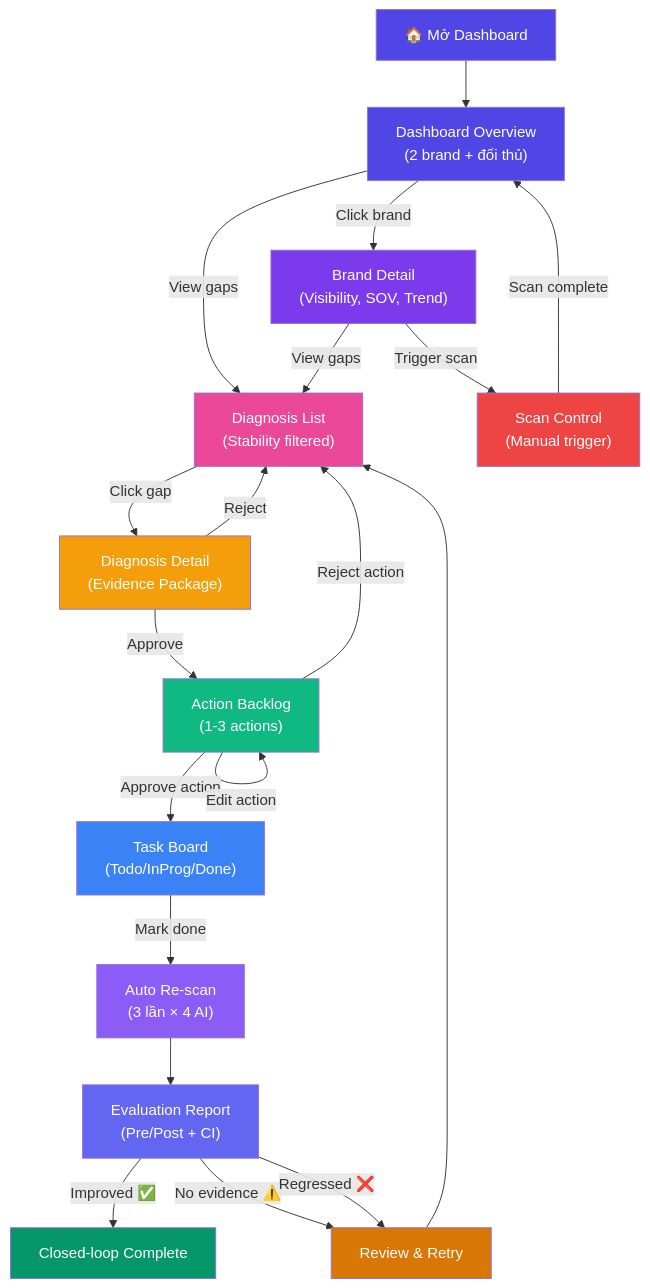
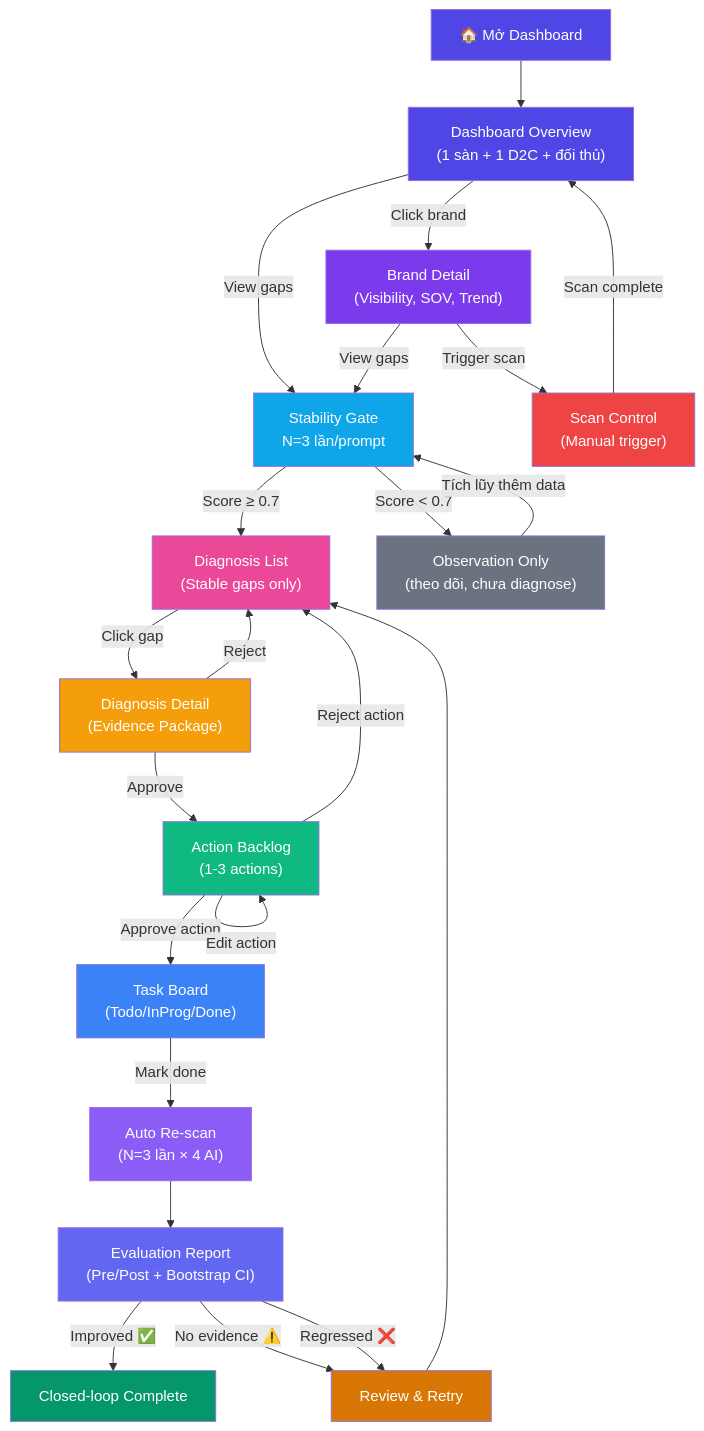
One commit to dangitcntt55-a11y/P167-Puttugao changed the second of 2 diagrams in docs/gate1/03_wireframe_ui_flow.md. Above: the diagram before and after it, drawn with Mermaid. The commit also changed other lines of this file and 2 other files, not shown here.

Commit message:
docs(gate1): cập nhật các tài liệu gate1 gồm brief prd và wireframe ui

````diff
--- a/docs/gate1/03_wireframe_ui_flow.md
+++ b/docs/gate1/03_wireframe_ui_flow.md
@@ -98,42 +98,48 @@
 ```mermaid
 flowchart TD
-    START["🏠 Mở Dashboard"] --> OVERVIEW["Dashboard Overview\n(2 brand + đối thủ)"]
+    START["🏠 Mở Dashboard"] --> OVERVIEW["Dashboard Overview\n(1 sàn + 1 D2C + đối thủ)"]
     OVERVIEW --> |"Click brand"| BRAND["Brand Detail\n(Visibility, SOV, Trend)"]
-    OVERVIEW --> |"View gaps"| DIAG_LIST["Diagnosis List\n(Stability filtered)"]
+    OVERVIEW --> |"View gaps"| STAB_CHECK["Stability Gate\nN=3 lần/prompt"]
     
-    BRAND --> |"View gaps"| DIAG_LIST
+    BRAND --> |"View gaps"| STAB_CHECK
     BRAND --> |"Trigger scan"| SCAN["Scan Control\n(Manual trigger)"]
+    
+    STAB_CHECK --> |"Score ≥ 0.7"| DIAG_LIST["Diagnosis List\n(Stable gaps only)"]
+    STAB_CHECK --> |"Score < 0.7"| OBS["Observation Only\n(theo dõi, chưa diagnose)"]
+    OBS --> |"Tích lũy thêm data"| STAB_CHECK
     
     DIAG_LIST --> |"Click gap"| DIAG_DETAIL["Diagnosis Detail\n(Evidence Package)"]
     
     DIAG_DETAIL --> |"Approve"| ACTION["Action Backlog\n(1-3 actions)"]
     DIAG_DETAIL --> |"Reject"| DIAG_LIST
     
     ACTION --> |"Approve action"| TASK["Task Board\n(Todo/InProg/Done)"]
     ACTION --> |"Edit action"| ACTION
     ACTION --> |"Reject action"| DIAG_LIST
     
-    TASK --> |"Mark done"| RESCAN["Auto Re-scan\n(3 lần × 4 AI)"]
-    RESCAN --> EVAL["Evaluation Report\n(Pre/Post + CI)"]
+    TASK --> |"Mark done"| RESCAN["Auto Re-scan\n(N=3 lần × 4 AI)"]
+    RESCAN --> EVAL["Evaluation Report\n(Pre/Post + Bootstrap CI)"]
     
     EVAL --> |"Improved ✅"| DONE["Closed-loop Complete"]
     EVAL --> |"No evidence ⚠️"| REVIEW["Review & Retry"]
     EVAL --> |"Regressed ❌"| REVIEW
     
     REVIEW --> DIAG_LIST
     
     SCAN --> |"Scan complete"| OVERVIEW
 
     style START fill:#4F46E5,color:#fff
     style OVERVIEW fill:#4F46E5,color:#fff
     style BRAND fill:#7C3AED,color:#fff
+    style STAB_CHECK fill:#0EA5E9,color:#fff
+    style OBS fill:#6B7280,color:#fff
     style DIAG_LIST fill:#EC4899,color:#fff
     style DIAG_DETAIL fill:#F59E0B,color:#fff
     style ACTION fill:#10B981,color:#fff
     style TASK fill:#3B82F6,color:#fff
     style RESCAN fill:#8B5CF6,color:#fff
     style EVAL fill:#6366F1,color:#fff
     style DONE fill:#059669,color:#fff
     style REVIEW fill:#D97706,color:#fff
     style SCAN fill:#EF4444,color:#fff
 ```
````
